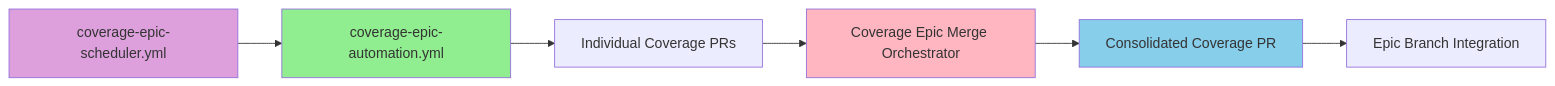
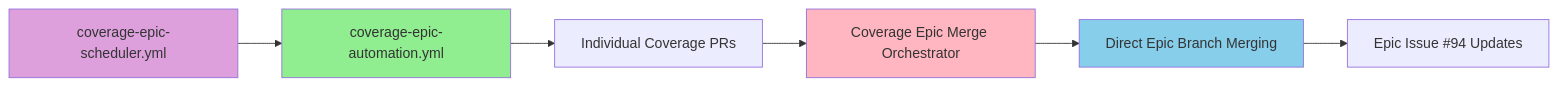
Before and after one commit to Zarichney-Development/zarichney-api: the second of 2 diagrams in Docs/Development/CoverageEpicMergeOrchestration.md, drawn with Mermaid. The commit also changed other lines of this file and 4 other files, not shown here.

First line of the commit message:
feat: transform Coverage Epic Merge Orchestrator to direct PR merging architecture

````diff
--- a/Docs/Development/CoverageEpicMergeOrchestration.md
+++ b/Docs/Development/CoverageEpicMergeOrchestration.md
@@ -254,13 +254,13 @@
 ```mermaid
 graph LR
     A[coverage-epic-scheduler.yml] --> B[coverage-epic-automation.yml]
     B --> C[Individual Coverage PRs]
     C --> D[Coverage Epic Merge Orchestrator]
-    D --> E[Consolidated Coverage PR]
-    E --> F[Epic Branch Integration]
+    D --> E[Direct Epic Branch Merging]
+    E --> F[Epic Issue #94 Updates]
     
     style A fill:#DDA0DD
     style B fill:#90EE90
     style D fill:#FFB6C1
     style E fill:#87CEEB
 ```
````
